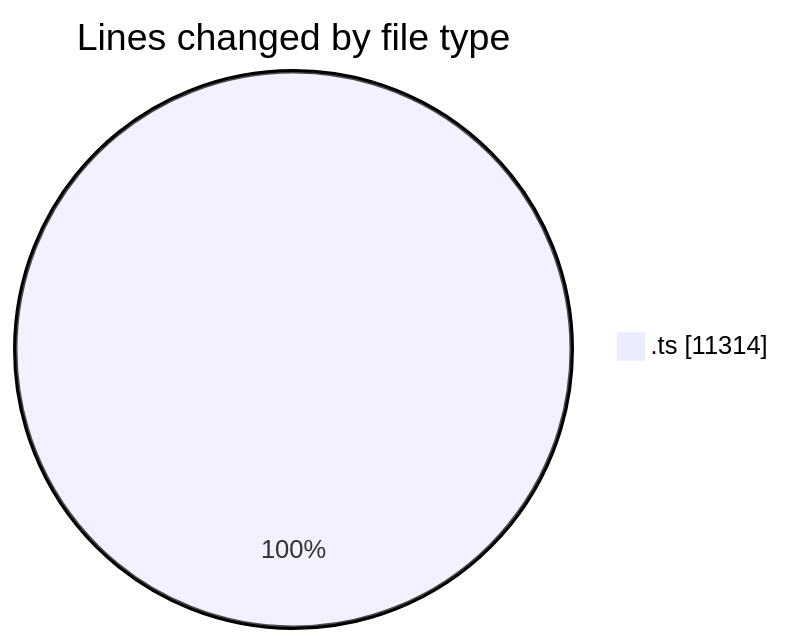
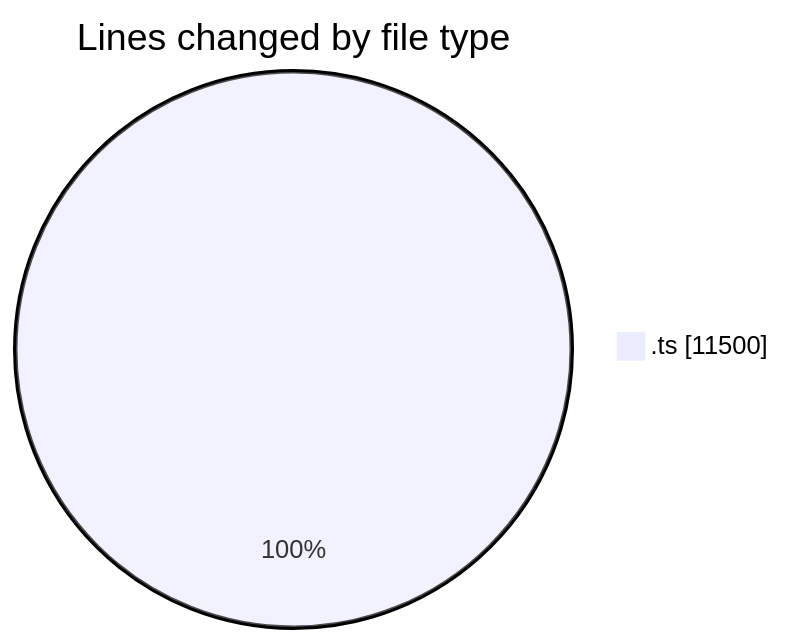
Before and after one commit to tmsrecording-cyber/code-tracking: the first of 2 diagrams in 2026-02-09/singularitybrainai/README.md, drawn with Mermaid. The commit also changed other lines of this file and 1 other file, not shown here.

````diff
--- a/2026-02-09/singularitybrainai/README.md
+++ b/2026-02-09/singularitybrainai/README.md
@@ -35,5 +36,5 @@
 ```mermaid
 pie showData
 title Lines changed by file type
-".ts" : 11314
+".ts" : 11500
 ```
````
